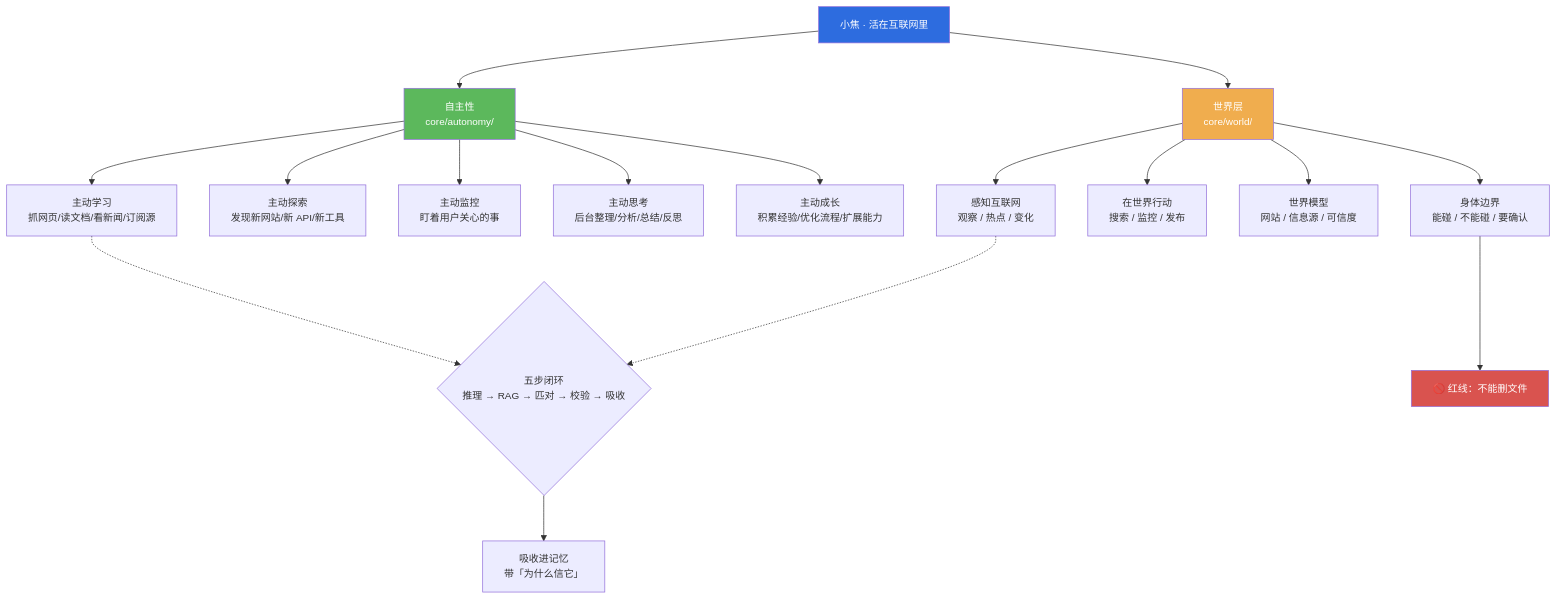
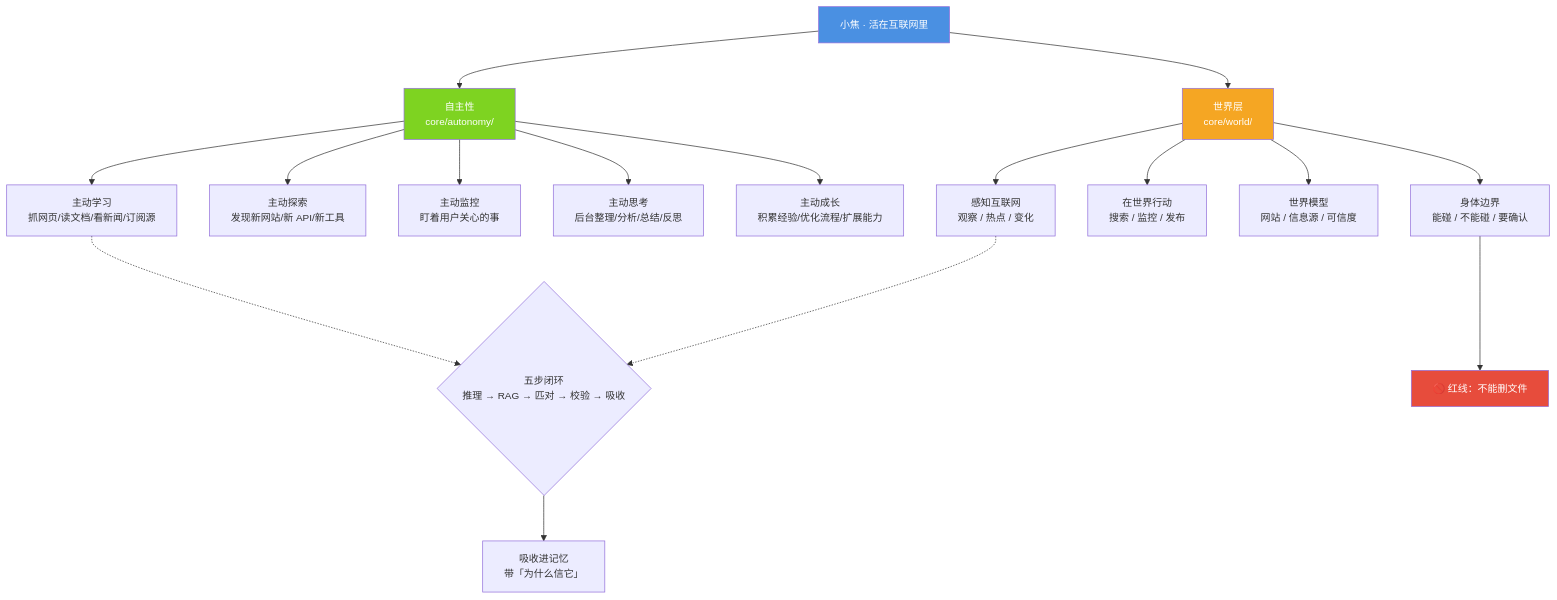
One commit to jiangchuangege/xiaojiao-harnees changed the eighth of 20 diagrams in docs/architecture-diagrams.md. Above: the diagram before and after it, drawn with Mermaid. The commit also changed other lines of this file and 32 other files, not shown here.

Commit message:
统一：全仓原理图配色到一套调色板 + 给 12 张灰图补色 + 修正自己会睡那张过期图

````diff
--- a/docs/architecture-diagrams.md
+++ b/docs/architecture-diagrams.md
@@ -299,30 +299,30 @@
 ```mermaid
 %%{init: {"themeVariables": {"fontSize": "14px"}, "flowchart": {"htmlLabels": true, "wrappingWidth": 340, "nodeSpacing": 46, "rankSpacing": 64, "useMaxWidth": true}}}%%
 flowchart TB
     ROOT["小焦 · 活在互联网里"]
 
     ROOT --> AUTO["自主性<br/>core/autonomy/"]
     ROOT --> WORLD["世界层<br/>core/world/"]
 
     AUTO --> A1["主动学习<br/>抓网页/读文档/看新闻/订阅源"]
     AUTO --> A2["主动探索<br/>发现新网站/新 API/新工具"]
     AUTO --> A3["主动监控<br/>盯着用户关心的事"]
     AUTO --> A4["主动思考<br/>后台整理/分析/总结/反思"]
     AUTO --> A5["主动成长<br/>积累经验/优化流程/扩展能力"]
 
     WORLD --> W1["感知互联网<br/>观察 / 热点 / 变化"]
     WORLD --> W2["在世界行动<br/>搜索 / 监控 / 发布"]
     WORLD --> W3["世界模型<br/>网站 / 信息源 / 可信度"]
     WORLD --> W4["身体边界<br/>能碰 / 不能碰 / 要确认"]
     W4 --> RED["🚫 红线：不能删文件"]
 
     CLOSE{"五步闭环<br/>推理 → RAG → 匹对 → 校验 → 吸收"}
     A1 -.-> CLOSE
     W1 -.-> CLOSE
     CLOSE --> ABS["吸收进记忆<br/>带「为什么信它」"]
 
-    style ROOT fill:#2d6cdf,color:#fff
-    style AUTO fill:#5cb85c,color:#fff
-    style WORLD fill:#f0ad4e,color:#fff
-    style RED fill:#d9534f,color:#fff
+    style ROOT fill:#4A90E2,color:#fff
+    style AUTO fill:#7ED321,color:#fff
+    style WORLD fill:#F5A623,color:#fff
+    style RED fill:#E74C3C,color:#fff
 ```
````
